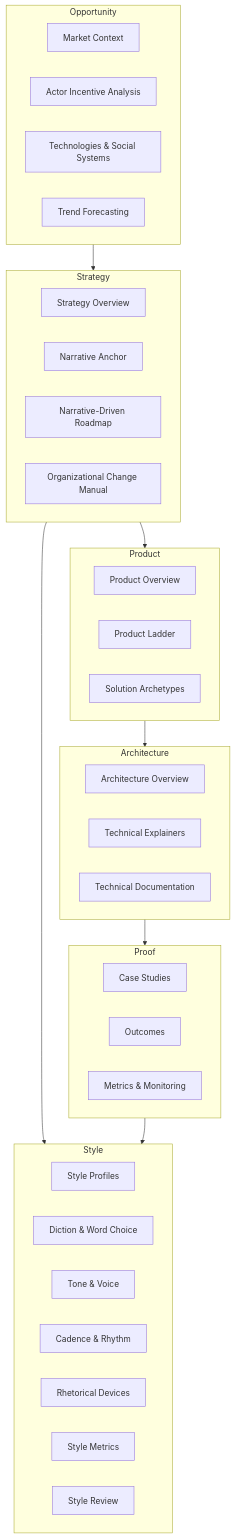
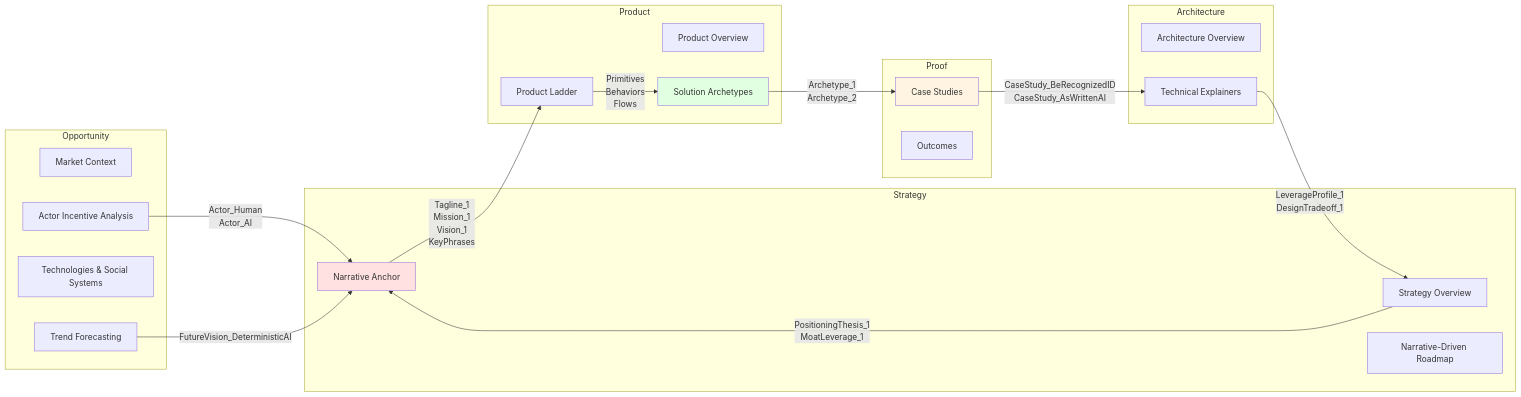
The second of 2 diagrams in README.md (Synthetic-Identity-Co/conj-talk-2025), drawn with Mermaid before and after one commit. The commit also changed other lines of this file, not shown here.

````diff
--- a/README.md
+++ b/README.md
@@ -268,51 +231,44 @@
 ```mermaid
-graph TB
+graph LR
     subgraph Opportunity
         O1[Market Context]
         O2[Actor Incentive Analysis]
         O3[Technologies & Social Systems]
         O4[Trend Forecasting]
     end
     
     subgraph Strategy
         S1[Strategy Overview]
         S2[Narrative Anchor]
         S3[Narrative-Driven Roadmap]
-        S4[Organizational Change Manual]
     end
     
     subgraph Product
         P1[Product Overview]
         P2[Product Ladder]
         P3[Solution Archetypes]
     end
     
+    subgraph Proof
+        PR1[Case Studies]
+        PR2[Outcomes]
+    end
+    
     subgraph Architecture
         A1[Architecture Overview]
         A2[Technical Explainers]
-        A3[Technical Documentation]
     end
     
-    subgraph Proof
-        PR1[Case Studies]
-        PR2[Outcomes]
-        PR3[Metrics & Monitoring]
-    end
+    O2 -->|Actor_Human<br/>Actor_AI| S2
+    O4 -->|FutureVision_DeterministicAI| S2
+    S1 -->|PositioningThesis_1<br/>MoatLeverage_1| S2
+    S2 -->|Tagline_1<br/>Mission_1<br/>Vision_1<br/>KeyPhrases| P2
+    P2 -->|Primitives<br/>Behaviors<br/>Flows| P3
+    P3 -->|Archetype_1<br/>Archetype_2| PR1
+    PR1 -->|CaseStudy_BeRecognizedID<br/>CaseStudy_AsWrittenAI| A2
+    A2 -->|LeverageProfile_1<br/>DesignTradeoff_1| S1
     
-    subgraph Style
-        ST1[Style Profiles]
-        ST2[Diction & Word Choice]
-        ST3[Tone & Voice]
-        ST4[Cadence & Rhythm]
-        ST5[Rhetorical Devices]
-        ST6[Style Metrics]
-        ST7[Style Review]
-    end
-    
-    Opportunity --> Strategy
-    Strategy --> Product
-    Product --> Architecture
-    Architecture --> Proof
-    Strategy --> Style
-    Proof --> Style
+    style S2 fill:#ffe1e1
+    style P3 fill:#e1ffe1
+    style PR1 fill:#fff4e1
 ```
````
